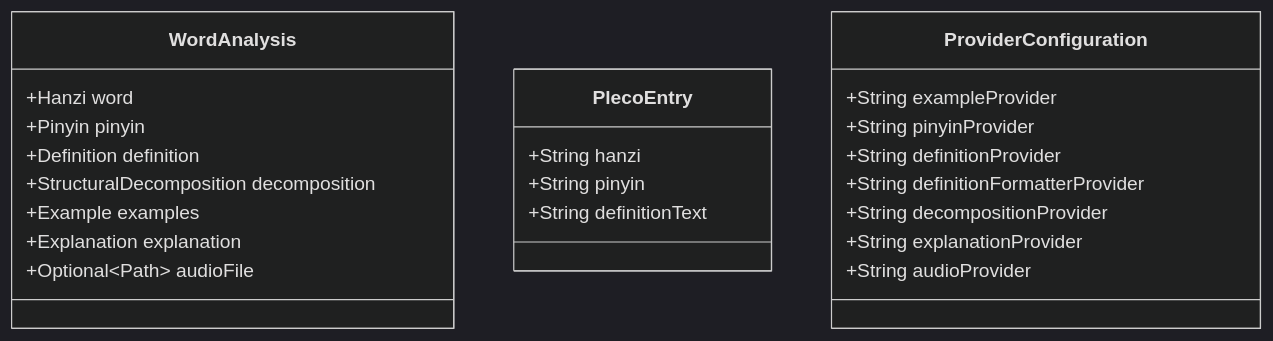
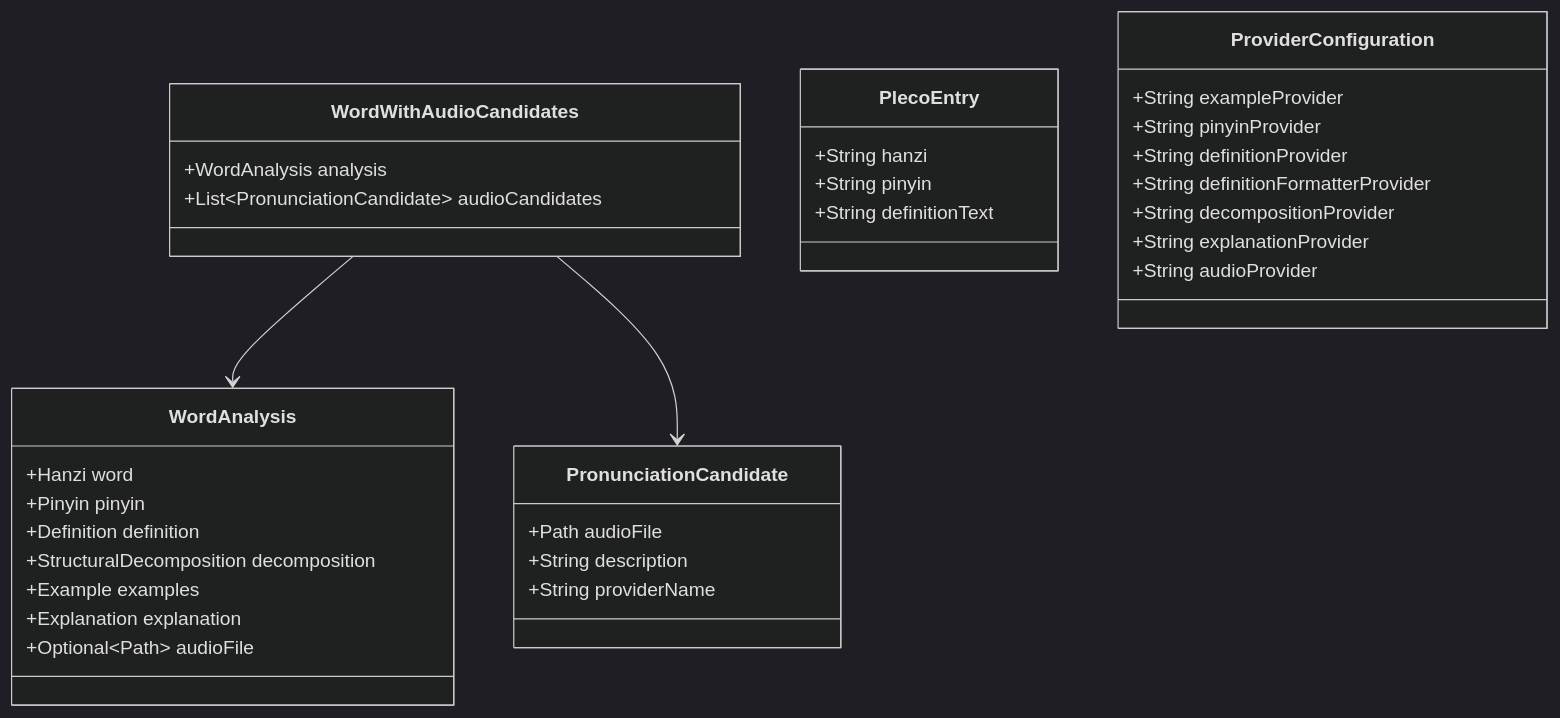
One commit to jorjao81/zh-learn2 changed the ninth of 13 diagrams in PARSE_PLECO_FLOW.md. Above: the diagram before and after it, drawn with Mermaid (dark theme). The commit also changed other lines of this file and 5 other files, not shown here.

Commit message:
docs: architecture

````diff
--- a/PARSE_PLECO_FLOW.md
+++ b/PARSE_PLECO_FLOW.md
@@ -230,28 +247,42 @@
 ```mermaid
 classDiagram
     class WordAnalysis {
         +Hanzi word
         +Pinyin pinyin
         +Definition definition
         +StructuralDecomposition decomposition
         +Example examples
         +Explanation explanation
         +Optional~Path~ audioFile
+    }
+
+    class WordWithAudioCandidates {
+        +WordAnalysis analysis
+        +List~PronunciationCandidate~ audioCandidates
+    }
+
+    class PronunciationCandidate {
+        +Path audioFile
+        +String description
+        +String providerName
     }
 
     class PlecoEntry {
         +String hanzi
         +String pinyin
         +String definitionText
     }
 
     class ProviderConfiguration {
         +String exampleProvider
         +String pinyinProvider
         +String definitionProvider
         +String definitionFormatterProvider
         +String decompositionProvider
         +String explanationProvider
         +String audioProvider
     }
+
+    WordWithAudioCandidates --> WordAnalysis
+    WordWithAudioCandidates --> PronunciationCandidate
 ```
````
